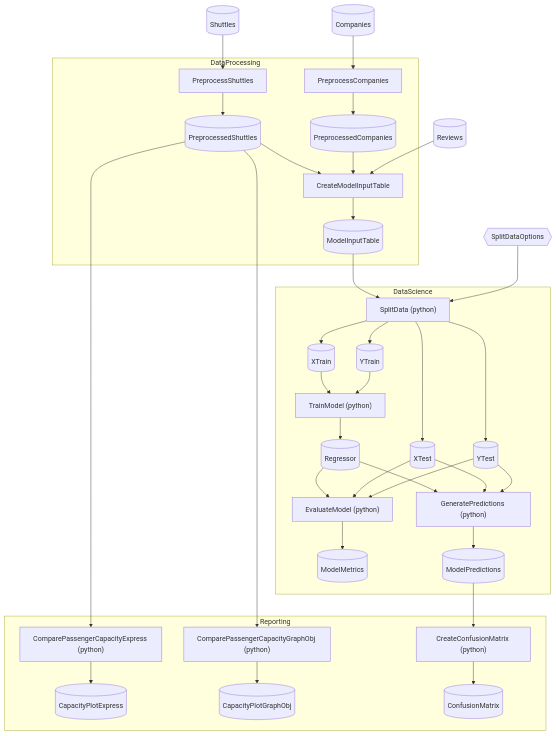
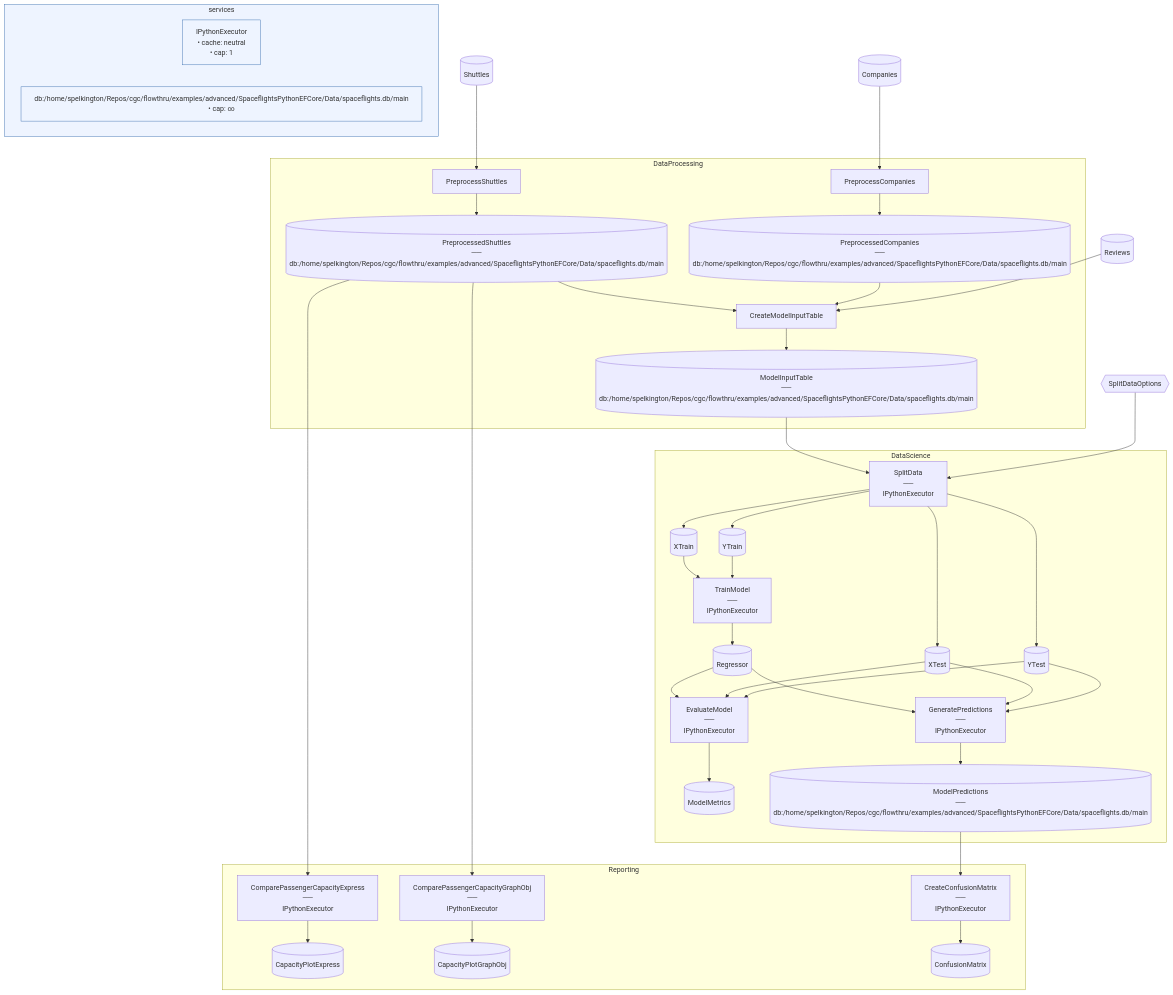
The diagram in examples/advanced/SpaceflightsPythonEFCore/README.md (chaoticgoodcomputing/flowthru), drawn with Mermaid before and after one commit. The commit also changed 18 other files, not shown here.

```diff
--- a/examples/advanced/SpaceflightsPythonEFCore/README.md
+++ b/examples/advanced/SpaceflightsPythonEFCore/README.md
@@ -48,35 +48,44 @@
 
     subgraph DataProcessing["DataProcessing"]
         PreprocessCompanies["PreprocessCompanies"]
-        PreprocessedCompanies[("PreprocessedCompanies")]
+        PreprocessedCompanies[("PreprocessedCompanies<br>──<br>db:/home/spelkington/Repos/cgc/flowthru/examples/advanced/SpaceflightsPythonEFCore/Data/spaceflights.db/main")]
         PreprocessShuttles["PreprocessShuttles"]
-        PreprocessedShuttles[("PreprocessedShuttles")]
+        PreprocessedShuttles[("PreprocessedShuttles<br>──<br>db:/home/spelkington/Repos/cgc/flowthru/examples/advanced/SpaceflightsPythonEFCore/Data/spaceflights.db/main")]
         CreateModelInputTable["CreateModelInputTable"]
-        ModelInputTable[("ModelInputTable")]
+        ModelInputTable[("ModelInputTable<br>──<br>db:/home/spelkington/Repos/cgc/flowthru/examples/advanced/SpaceflightsPythonEFCore/Data/spaceflights.db/main")]
     end
 
     subgraph DataScience["DataScience"]
-        SplitData["SplitData (python)"]
+        SplitData["SplitData<br>──<br>IPythonExecutor"]
         XTrain[("XTrain")]
         XTest[("XTest")]
         YTrain[("YTrain")]
         YTest[("YTest")]
-        TrainModel["TrainModel (python)"]
+        TrainModel["TrainModel<br>──<br>IPythonExecutor"]
         Regressor[("Regressor")]
-        EvaluateModel["EvaluateModel (python)"]
+        EvaluateModel["EvaluateModel<br>──<br>IPythonExecutor"]
         ModelMetrics[("ModelMetrics")]
-        GeneratePredictions["GeneratePredictions (python)"]
-        ModelPredictions[("ModelPredictions")]
+        GeneratePredictions["GeneratePredictions<br>──<br>IPythonExecutor"]
+        ModelPredictions[("ModelPredictions<br>──<br>db:/home/spelkington/Repos/cgc/flowthru/examples/advanced/SpaceflightsPythonEFCore/Data/spaceflights.db/main")]
     end
 
     subgraph Reporting["Reporting"]
-        ComparePassengerCapacityExpress["ComparePassengerCapacityExpress (python)"]
+        ComparePassengerCapacityExpress["ComparePassengerCapacityExpress<br>──<br>IPythonExecutor"]
         CapacityPlotExpress[("CapacityPlotExpress")]
-        ComparePassengerCapacityGraphObj["ComparePassengerCapacityGraphObj (python)"]
+        ComparePassengerCapacityGraphObj["ComparePassengerCapacityGraphObj<br>──<br>IPythonExecutor"]
         CapacityPlotGraphObj[("CapacityPlotGraphObj")]
-        CreateConfusionMatrix["CreateConfusionMatrix (python)"]
+        CreateConfusionMatrix["CreateConfusionMatrix<br>──<br>IPythonExecutor"]
         ConfusionMatrix[("ConfusionMatrix")]
     end
+
+    %% Service legend
+    subgraph service_legend["services"]
+        svc_Flowthru_Step_Python_IPythonExecutor["IPythonExecutor<br>• cache: neutral<br>• cap: 1"]
+        svc_efcore_Microsoft_EntityFrameworkCore_Sqlite__home_spelkington_Repos_cgc_flowthru_examples_advanced_SpaceflightsPythonEFCore_Data_spaceflights_db_main["db:/home/spelkington/Repos/cgc/flowthru/examples/advanced/SpaceflightsPythonEFCore/Data/spaceflights.db/main<br>• cap: ∞"]
+    end
+    style service_legend fill:#EEF4FF,stroke:#3B6FB0
+    classDef serviceNode fill:#EEF4FF,stroke:#3B6FB0
+    class svc_Flowthru_Step_Python_IPythonExecutor,svc_efcore_Microsoft_EntityFrameworkCore_Sqlite__home_spelkington_Repos_cgc_flowthru_examples_advanced_SpaceflightsPythonEFCore_Data_spaceflights_db_main serviceNode
 
     %% Edges
     Companies --> PreprocessCompanies
```
